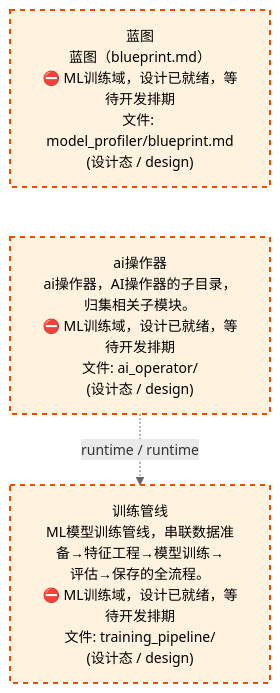
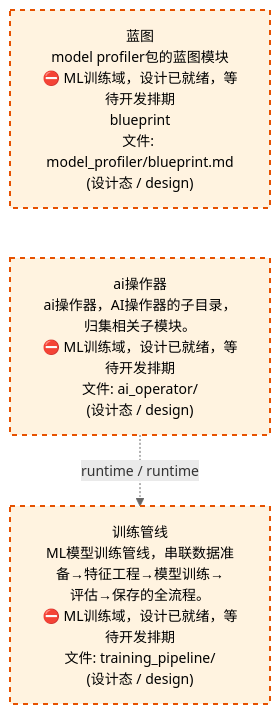
One commit to xuanFelixVan/ZephyrAlpha changed the third of 4 diagrams in docs/02_enterprise_architecture/02_domain_architecture_docs/61_d_ml_train.md. Above: the diagram before and after it, drawn with Mermaid. The commit also changed other lines of this file and 58 other files, not shown here.

````diff
--- a/docs/02_enterprise_architecture/02_domain_architecture_docs/61_d_ml_train.md
+++ b/docs/02_enterprise_architecture/02_domain_architecture_docs/61_d_ml_train.md
@@ -119,14 +119,14 @@
 ```mermaid
 %%{init: {'theme': 'base', 'themeVariables': {'primaryColor': '#eaeaea', 'primaryTextColor': '#333333', 'primaryBorderColor': '#666666', 'lineColor': '#666666', 'secondaryColor': '#eaeaea', 'tertiaryColor': '#eaeaea', 'fontSize': '14px'}}}%%
 flowchart TD
-    docs_03_modules_cross_layer_model_profiler_blueprint_md["蓝图<br/>蓝图（blueprint.md）<br/>⛔ ML训练域，设计已就绪，等待开发排期<br/>文件: model_profiler/blueprint.md<br/>(设计态 / design)"]
+    docs_03_modules_cross_layer_model_profiler_blueprint_md["蓝图<br/>model profiler包的蓝图模块<br/>⛔ ML训练域，设计已就绪，等待开发排期<br/>blueprint<br/>文件: model_profiler/blueprint.md<br/>(设计态 / design)"]
     src_zephyr_ml_train_ai_operator["ai操作器<br/>ai操作器，AI操作器的子目录，归集相关子模块。<br/>⛔ ML训练域，设计已就绪，等待开发排期<br/>文件: ai_operator/<br/>(设计态 / design)"]
     docs_03_modules_cross_layer_model_profiler_blueprint_md ~~~ src_zephyr_ml_train_ai_operator
     src_zephyr_ml_train_training_pipeline["训练管线<br/>ML模型训练管线，串联数据准备→特征工程→模型训练→<br/>评估→保存的全流程。<br/>⛔ ML训练域，设计已就绪，等待开发排期<br/>文件: training_pipeline/<br/>(设计态 / design)"]
     src_zephyr_ml_train_ai_operator -.->|runtime / runtime| src_zephyr_ml_train_training_pipeline
     classDef production fill:#e1f5fe,stroke:#01579b,stroke-width:2px,color:#000
     classDef design fill:#fff3e0,stroke:#e65100,stroke-width:2px,color:#000,stroke-dasharray: 5 5
     classDef external_prod fill:#e8f4fd,stroke:#0277bd,stroke-width:1px,color:#000
     classDef external_design fill:#fff8e7,stroke:#ef6c00,stroke-width:1px,color:#000,stroke-dasharray: 5 5
     class docs_03_modules_cross_layer_model_profiler_blueprint_md,src_zephyr_ml_train_ai_operator,src_zephyr_ml_train_training_pipeline design
 ```
````
